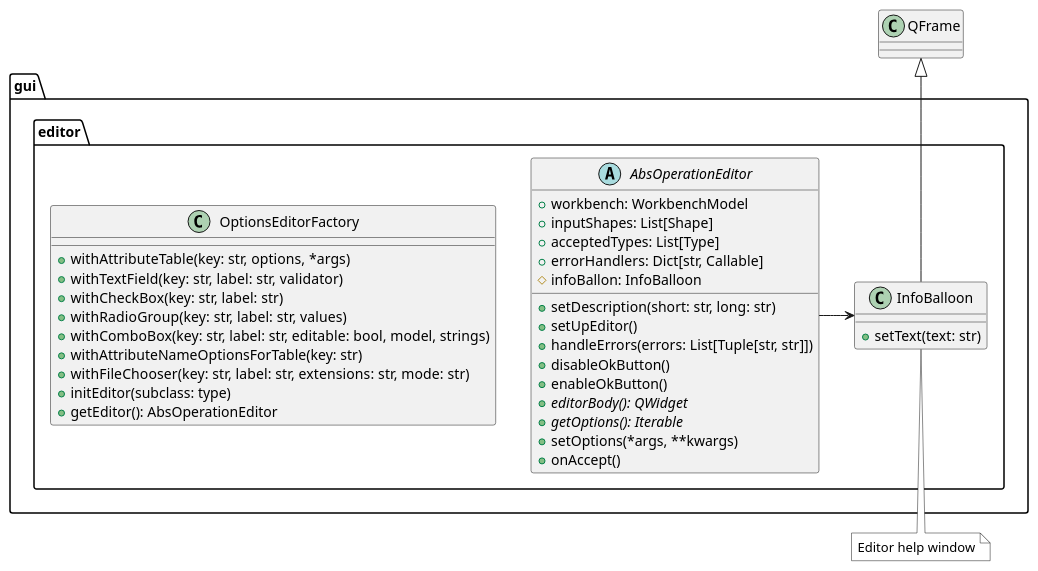
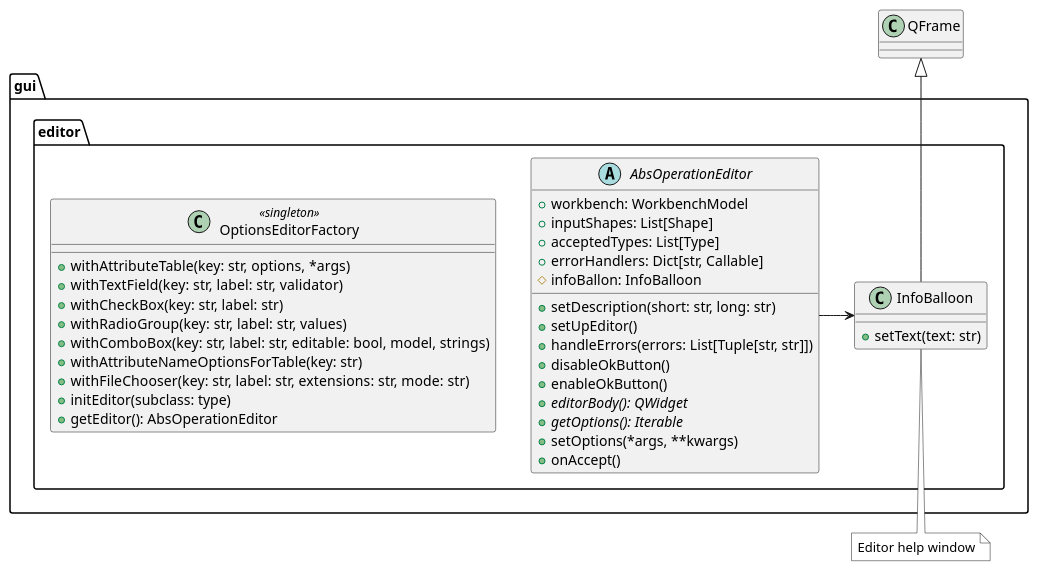
Before and after one commit to alezanga/dataMole: the diagram in uml/editor.puml, drawn with PlantUML. The commit also changed 172 other files, not shown here.

```diff
--- a/uml/editor.puml
+++ b/uml/editor.puml
@@ -1,48 +1,48 @@
 @startuml editor_pack
 
 package gui.editor {
 
 abstract class AbsOperationEditor {
 + workbench: WorkbenchModel
 + inputShapes: List[Shape]
 + acceptedTypes: List[Type]
 + errorHandlers: Dict[str, Callable]
 # infoBallon: InfoBalloon
 
 + setDescription(short: str, long: str)
 + setUpEditor()
 + handleErrors(errors: List[Tuple[str, str]])
 + disableOkButton()
 + enableOkButton()
 + {abstract} editorBody(): QWidget
 + {abstract} getOptions(): Iterable
 + setOptions(*args, **kwargs)
 + onAccept()
 }
 
 class InfoBalloon {
   + setText(text: str)
 }
 
-class OptionsEditorFactory {
+class OptionsEditorFactory <<singleton>> {
   + withAttributeTable(key: str, options, *args)
   + withTextField(key: str, label: str, validator)
   + withCheckBox(key: str, label: str)
   + withRadioGroup(key: str, label: str, values)
   + withComboBox(key: str, label: str, editable: bool, model, strings)
   + withAttributeNameOptionsForTable(key: str)
   + withFileChooser(key: str, label: str, extensions: str, mode: str)  
   + initEditor(subclass: type)
   + getEditor(): AbsOperationEditor
 }
 }
 
 note bottom of InfoBalloon #White
 Editor help window
 endnote
 
 QFrame <|-- InfoBalloon
 AbsOperationEditor -> InfoBalloon
 
 
 @enduml
```
